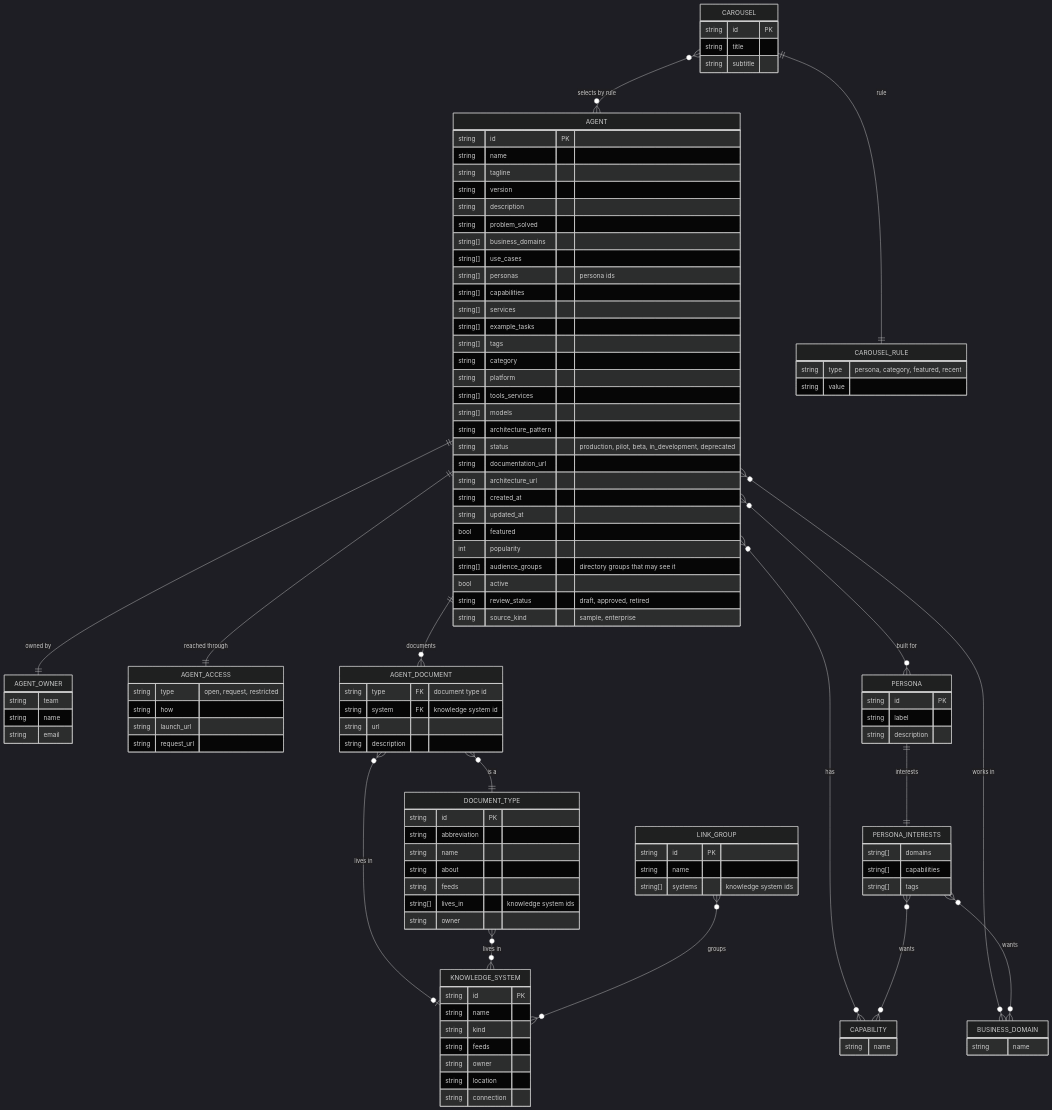
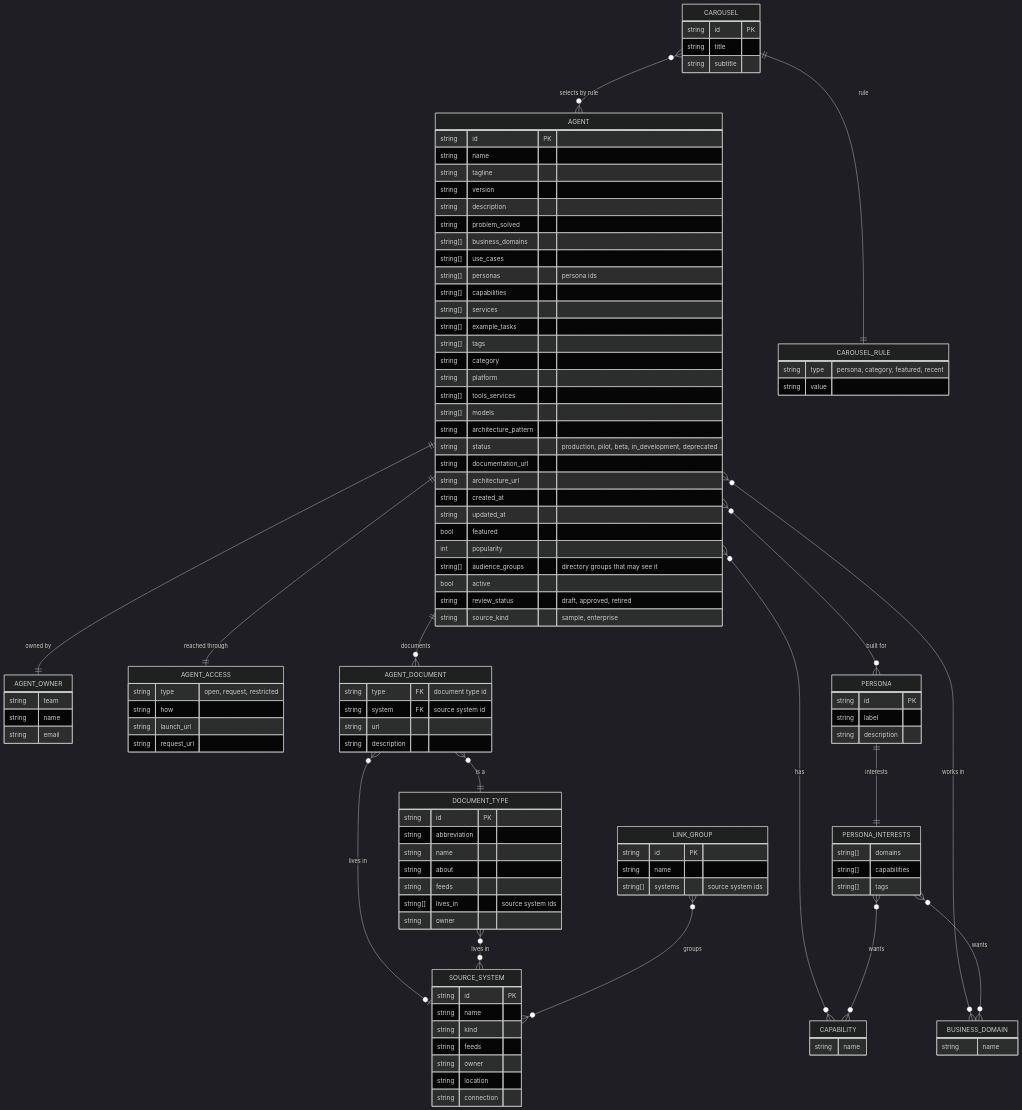
The first of 4 diagrams in docs/data-model.md (vivekprojects-GIT/CreditWiz), drawn with Mermaid (dark theme) before and after one commit. The commit also changed other lines of this file, not shown here.

Commit message:
Data model: call the systems list "source system"
"Knowledge system" read as a knowledge base or a search index. It is the
list of MUFG systems where an agent's documents live, so the diagram and
notes now say so. The data file keeps its name.

```diff
--- a/docs/data-model.md
+++ b/docs/data-model.md
@@ -22,9 +22,9 @@
   AGENT ||--|| AGENT_ACCESS : "reached through"
   AGENT ||--o{ AGENT_DOCUMENT : "documents"
   AGENT_DOCUMENT }o--|| DOCUMENT_TYPE : "is a"
-  AGENT_DOCUMENT }o--o| KNOWLEDGE_SYSTEM : "lives in"
-  DOCUMENT_TYPE }o--o{ KNOWLEDGE_SYSTEM : "lives in"
-  LINK_GROUP }o--o{ KNOWLEDGE_SYSTEM : "groups"
+  AGENT_DOCUMENT }o--o| SOURCE_SYSTEM : "lives in"
+  DOCUMENT_TYPE }o--o{ SOURCE_SYSTEM : "lives in"
+  LINK_GROUP }o--o{ SOURCE_SYSTEM : "groups"
   AGENT }o--o{ CAPABILITY : "has"
   AGENT }o--o{ BUSINESS_DOMAIN : "works in"
   AGENT }o--o{ PERSONA : "built for"
@@ -77,7 +77,7 @@
   }
   AGENT_DOCUMENT {
     string type FK "document type id"
-    string system FK "knowledge system id"
+    string system FK "source system id"
     string url
     string description
   }
@@ -87,10 +87,10 @@
     string name
     string about
     string feeds
-    string[] lives_in "knowledge system ids"
+    string[] lives_in "source system ids"
     string owner
   }
-  KNOWLEDGE_SYSTEM {
+  SOURCE_SYSTEM {
     string id PK
     string name
     string kind
@@ -102,7 +102,7 @@
   LINK_GROUP {
     string id PK
     string name
-    string[] systems "knowledge system ids"
+    string[] systems "source system ids"
   }
   PERSONA {
     string id PK
```
